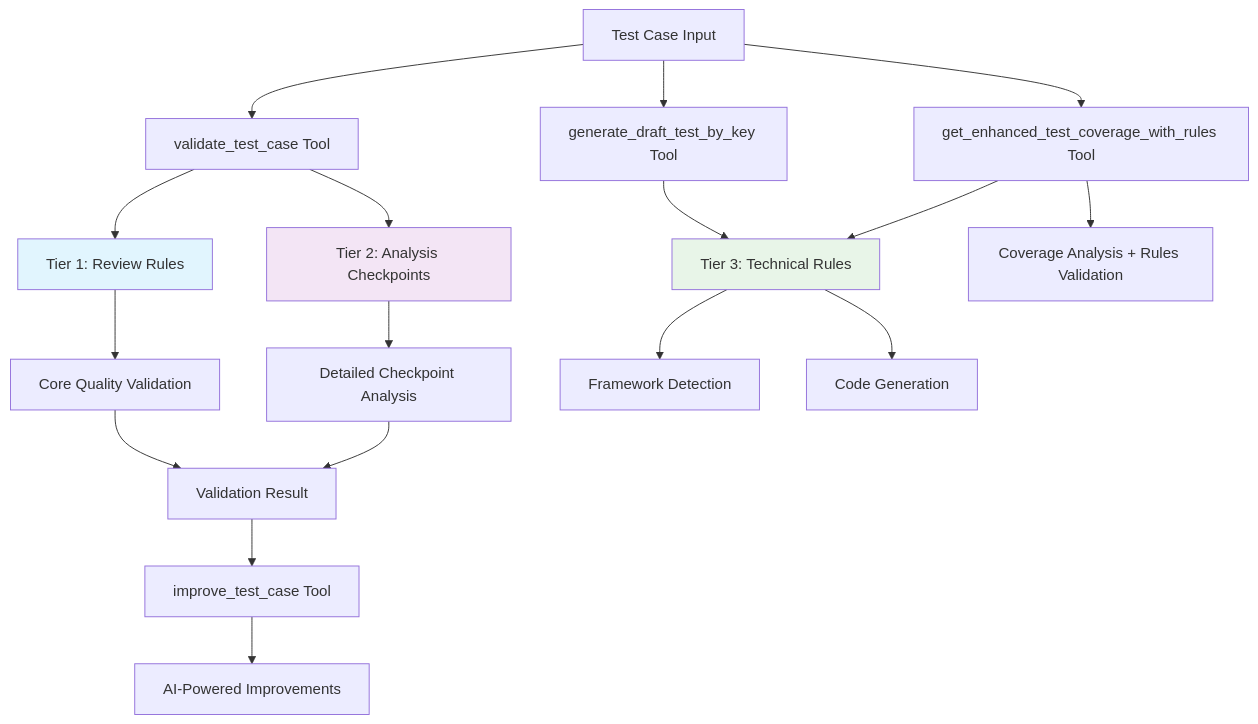
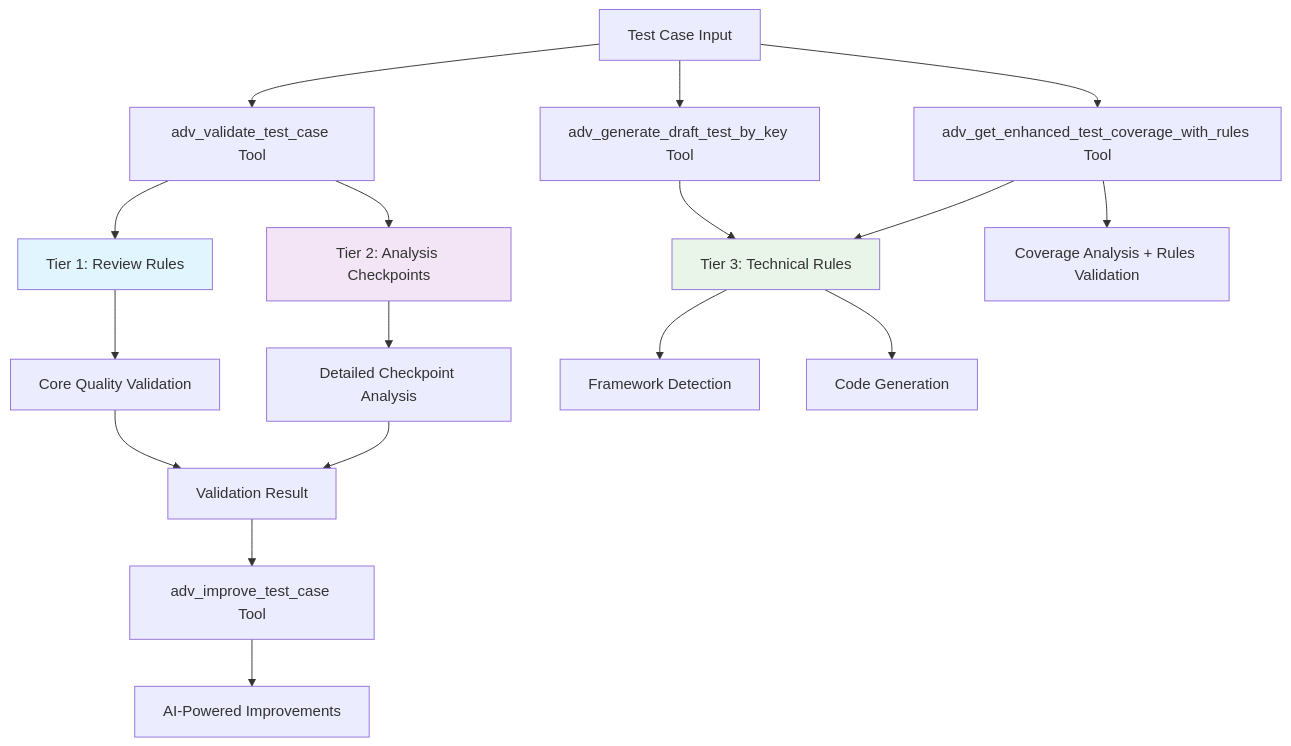
Before and after one commit to maksimsarychau/mcp-zebrunner: the diagram in docs/INTELLIGENT_RULES_SYSTEM.md, drawn with Mermaid. The commit also changed other lines of this file and 46 other files, not shown here.

````diff
--- a/docs/INTELLIGENT_RULES_SYSTEM.md
+++ b/docs/INTELLIGENT_RULES_SYSTEM.md
@@ -111,29 +111,29 @@
 ```mermaid
 graph TB
-    A[Test Case Input] --> B[validate_test_case Tool]
+    A[Test Case Input] --> B[adv_validate_test_case Tool]
     
     B --> C[Tier 1: Review Rules]
     B --> D[Tier 2: Analysis Checkpoints]
     
     C --> E[Core Quality Validation]
     D --> F[Detailed Checkpoint Analysis]
     
     E --> G[Validation Result]
     F --> G
     
-    G --> H[improve_test_case Tool]
+    G --> H[adv_improve_test_case Tool]
     H --> I[AI-Powered Improvements]
     
-    A --> J[generate_draft_test_by_key Tool]
+    A --> J[adv_generate_draft_test_by_key Tool]
     J --> K[Tier 3: Technical Rules]
     K --> L[Framework Detection]
     K --> M[Code Generation]
     
-    A --> N[get_enhanced_test_coverage_with_rules Tool]
+    A --> N[adv_get_enhanced_test_coverage_with_rules Tool]
     N --> K
     N --> O[Coverage Analysis + Rules Validation]
     
     style C fill:#e1f5fe
     style D fill:#f3e5f5
     style K fill:#e8f5e8
 ```
````
